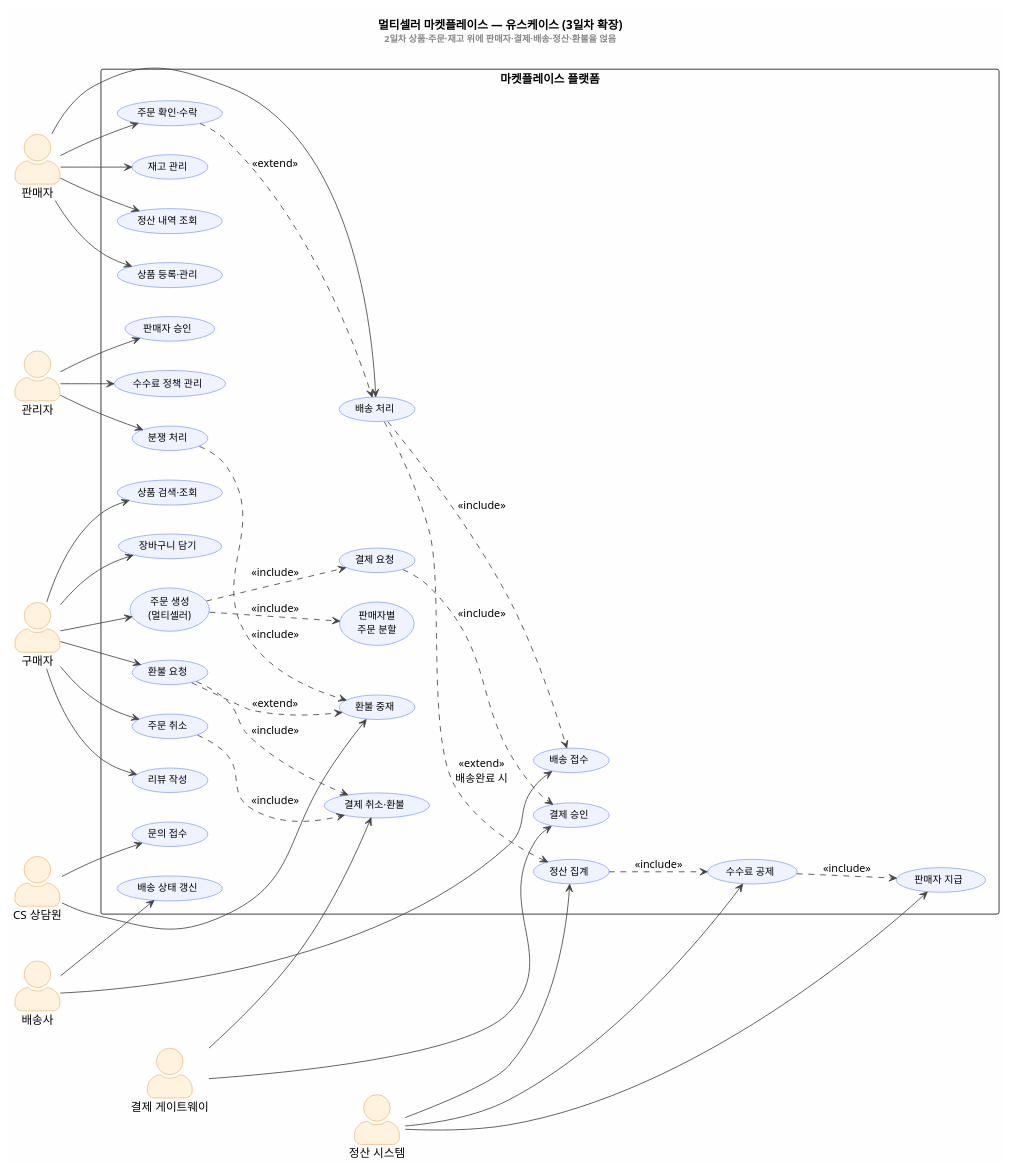
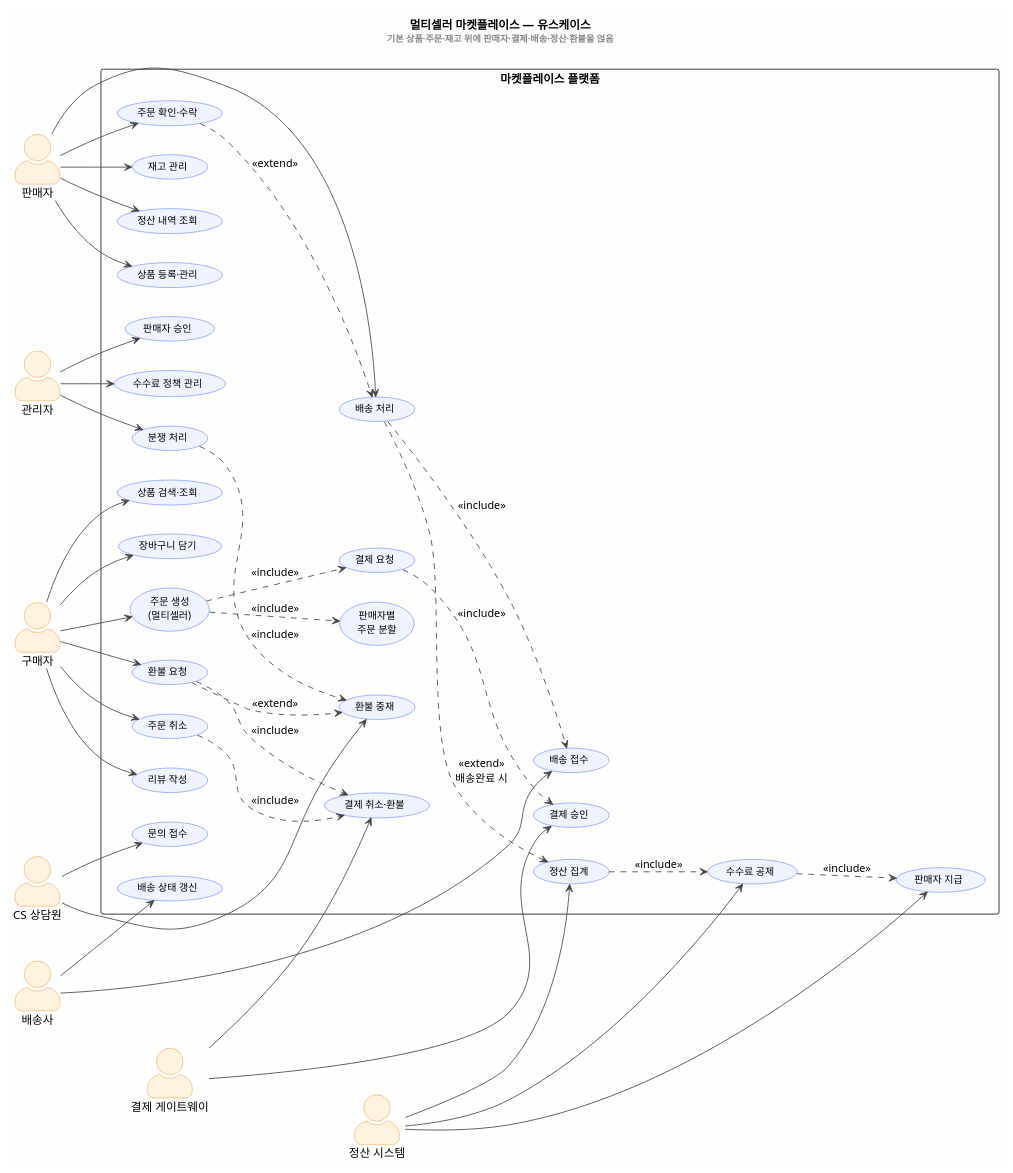
One commit to kosta-ai-lab/ai-native-sdlc changed the diagram in courses/software-design-with-spec-kit/labs/speckit-ecommerce-fullscale/design/diagrams/usecase-marketplace.puml. Above: the diagram before and after it, drawn with PlantUML. The commit also changed 98 other files, not shown here.

```diff
--- a/courses/software-design-with-spec-kit/labs/speckit-ecommerce-fullscale/design/diagrams/usecase-marketplace.puml
+++ b/courses/software-design-with-spec-kit/labs/speckit-ecommerce-fullscale/design/diagrams/usecase-marketplace.puml
@@ -1,117 +1,117 @@
 @startuml usecase-marketplace
 left to right direction
 skinparam backgroundColor #FEFEFE
 skinparam shadowing false
 skinparam actorStyle awesome
 skinparam packageStyle rectangle
 skinparam usecase {
   BackgroundColor #EEF3FF
   BorderColor #2b59ff
   ArrowColor #444444
   FontSize 12
 }
 skinparam actor {
   BackgroundColor #FFF3E0
   BorderColor #E8871E
 }
-title 멀티셀러 마켓플레이스 — 유스케이스 (3일차 확장)\n<size:11><color:#888>2일차 상품·주문·재고 위에 판매자·결제·배송·정산·환불을 얹음</color></size>
+title 멀티셀러 마켓플레이스 — 유스케이스\n<size:11><color:#888>기본 상품·주문·재고 위에 판매자·결제·배송·정산·환불을 얹음</color></size>
 
 actor "구매자" as Buyer
 actor "판매자" as Seller
 actor "관리자" as Admin
 actor "배송사" as Carrier
 actor "결제 게이트웨이" as PG
 actor "정산 시스템" as Settle
 actor "CS 상담원" as CS
 
 rectangle "마켓플레이스 플랫폼" {
   ' --- 구매 여정 ---
   usecase "상품 검색·조회" as UC_Browse
   usecase "장바구니 담기" as UC_Cart
   usecase "주문 생성\n(멀티셀러)" as UC_Order
   usecase "판매자별\n주문 분할" as UC_Split
   usecase "결제 요청" as UC_Pay
   usecase "주문 취소" as UC_Cancel
   usecase "환불 요청" as UC_Refund
   usecase "리뷰 작성" as UC_Review
 
   ' --- 판매자 ---
   usecase "상품 등록·관리" as UC_Product
   usecase "재고 관리" as UC_Stock
   usecase "주문 확인·수락" as UC_Accept
   usecase "배송 처리" as UC_Ship
   usecase "정산 내역 조회" as UC_SellerSettle
 
   ' --- 관리자 ---
   usecase "판매자 승인" as UC_Approve
   usecase "수수료 정책 관리" as UC_Fee
   usecase "분쟁 처리" as UC_Dispute
 
   ' --- 배송 ---
   usecase "배송 접수" as UC_PickUp
   usecase "배송 상태 갱신" as UC_Track
 
   ' --- 결제/정산 ---
   usecase "결제 승인" as UC_Auth
   usecase "결제 취소·환불" as UC_Void
   usecase "정산 집계" as UC_Aggregate
   usecase "수수료 공제" as UC_Deduct
   usecase "판매자 지급" as UC_Payout
 
   ' --- CS ---
   usecase "문의 접수" as UC_Inquiry
   usecase "환불 중재" as UC_Mediate
 }
 
 ' 구매자 연결
 Buyer --> UC_Browse
 Buyer --> UC_Cart
 Buyer --> UC_Order
 Buyer --> UC_Cancel
 Buyer --> UC_Refund
 Buyer --> UC_Review
 
 ' 구매 여정 내부 관계
 UC_Order ..> UC_Split : <<include>>
 UC_Order ..> UC_Pay : <<include>>
 UC_Pay ..> UC_Auth : <<include>>
 UC_Cancel ..> UC_Void : <<include>>
 UC_Refund ..> UC_Void : <<include>>
 UC_Refund ..> UC_Mediate : <<extend>>
 
 ' 판매자 연결
 Seller --> UC_Product
 Seller --> UC_Stock
 Seller --> UC_Accept
 Seller --> UC_Ship
 Seller --> UC_SellerSettle
 UC_Accept ..> UC_Ship : <<extend>>
 
 ' 관리자 연결
 Admin --> UC_Approve
 Admin --> UC_Fee
 Admin --> UC_Dispute
 UC_Dispute ..> UC_Mediate : <<include>>
 
 ' 배송사 연결
 Carrier --> UC_PickUp
 Carrier --> UC_Track
 UC_Ship ..> UC_PickUp : <<include>>
 
 ' 결제 게이트웨이 연결
 PG --> UC_Auth
 PG --> UC_Void
 
 ' 정산 시스템 연결
 Settle --> UC_Aggregate
 Settle --> UC_Deduct
 Settle --> UC_Payout
 UC_Aggregate ..> UC_Deduct : <<include>>
 UC_Deduct ..> UC_Payout : <<include>>
 UC_Ship ..> UC_Aggregate : <<extend>>\n배송완료 시
 
 ' CS 연결
 CS --> UC_Inquiry
 CS --> UC_Mediate
 
 @enduml
```
